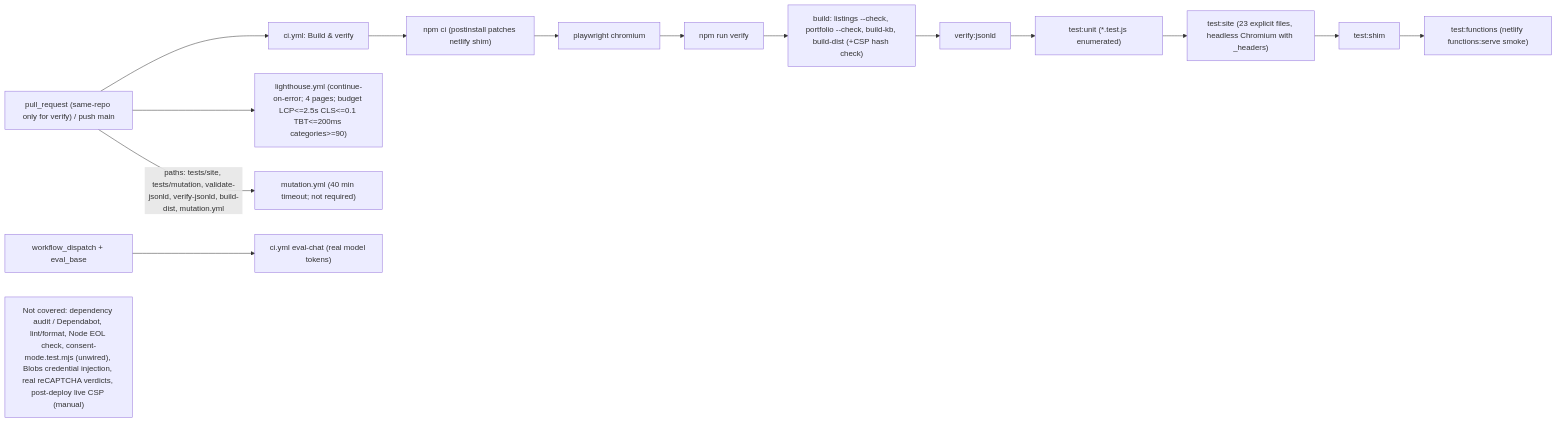
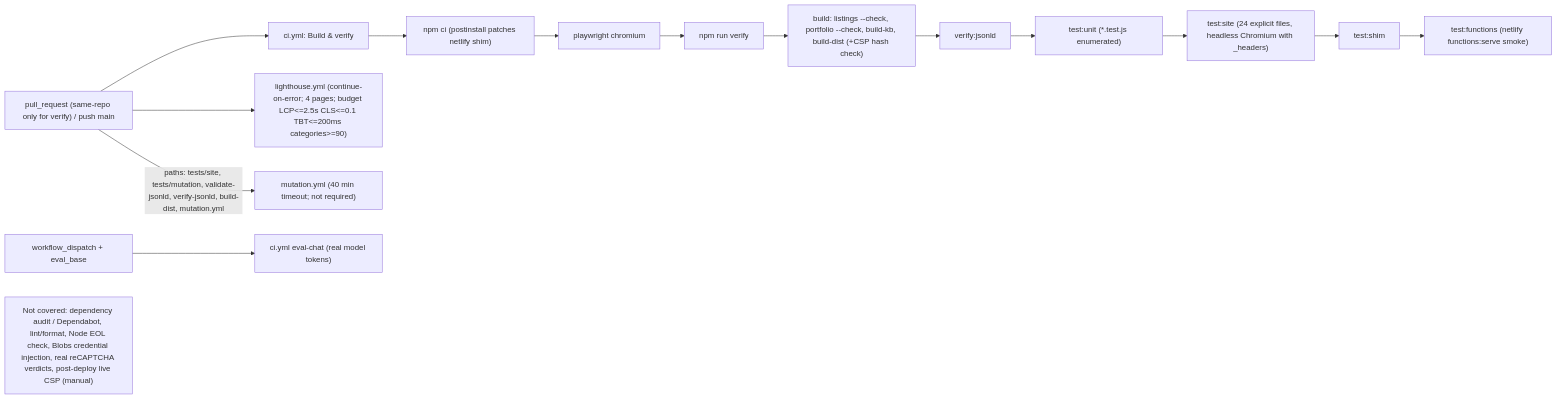
Before and after one commit to ZeOoba/Website: the fourth of 5 diagrams in README.md, drawn with Mermaid. The commit also changed other lines of this file, not shown here.

Commit message:
docs(readme): sync test:site count (24) and drop the consent-mode known gap
#160 landed first, so per the coordination rule in this PR the README sync
rides here: test:site now lists 24 files including consent-mode.test.mjs, the
"Known gap" paragraph is replaced by a note on the coverage guard, and the
diagram's test:site count and "consent-mode.test.mjs (unwired)" entry are
updated. The "23 inline scripts" figure in the CSP section is unrelated and
unchanged.

````diff
--- a/README.md
+++ b/README.md
@@ -241,10 +241,10 @@
 ```mermaid
 flowchart LR
   PRN["pull_request (same-repo only for verify) / push main"] --> VER["ci.yml: Build & verify"]
   PRN --> LHW["lighthouse.yml (continue-on-error; 4 pages; budget LCP<=2.5s CLS<=0.1 TBT<=200ms categories>=90)"]
   PRN -->|"paths: tests/site, tests/mutation, validate-jsonld, verify-jsonld, build-dist, mutation.yml"| MUT["mutation.yml (40 min timeout; not required)"]
   MAN["workflow_dispatch + eval_base"] --> EVAL["ci.yml eval-chat (real model tokens)"]
   VER --> S1["npm ci (postinstall patches netlify shim)"] --> S2["playwright chromium"] --> S3["npm run verify"]
-  S3 --> B["build: listings --check, portfolio --check, build-kb, build-dist (+CSP hash check)"] --> J["verify:jsonld"] --> U["test:unit (*.test.js enumerated)"] --> T["test:site (23 explicit files, headless Chromium with _headers)"] --> SH["test:shim"] --> F["test:functions (netlify functions:serve smoke)"]
-  GAP1["Not covered: dependency audit / Dependabot, lint/format, Node EOL check, consent-mode.test.mjs (unwired), Blobs credential injection, real reCAPTCHA verdicts, post-deploy live CSP (manual)"]
+  S3 --> B["build: listings --check, portfolio --check, build-kb, build-dist (+CSP hash check)"] --> J["verify:jsonld"] --> U["test:unit (*.test.js enumerated)"] --> T["test:site (24 explicit files, headless Chromium with _headers)"] --> SH["test:shim"] --> F["test:functions (netlify functions:serve smoke)"]
+  GAP1["Not covered: dependency audit / Dependabot, lint/format, Node EOL check, Blobs credential injection, real reCAPTCHA verdicts, post-deploy live CSP (manual)"]
 ```
````
